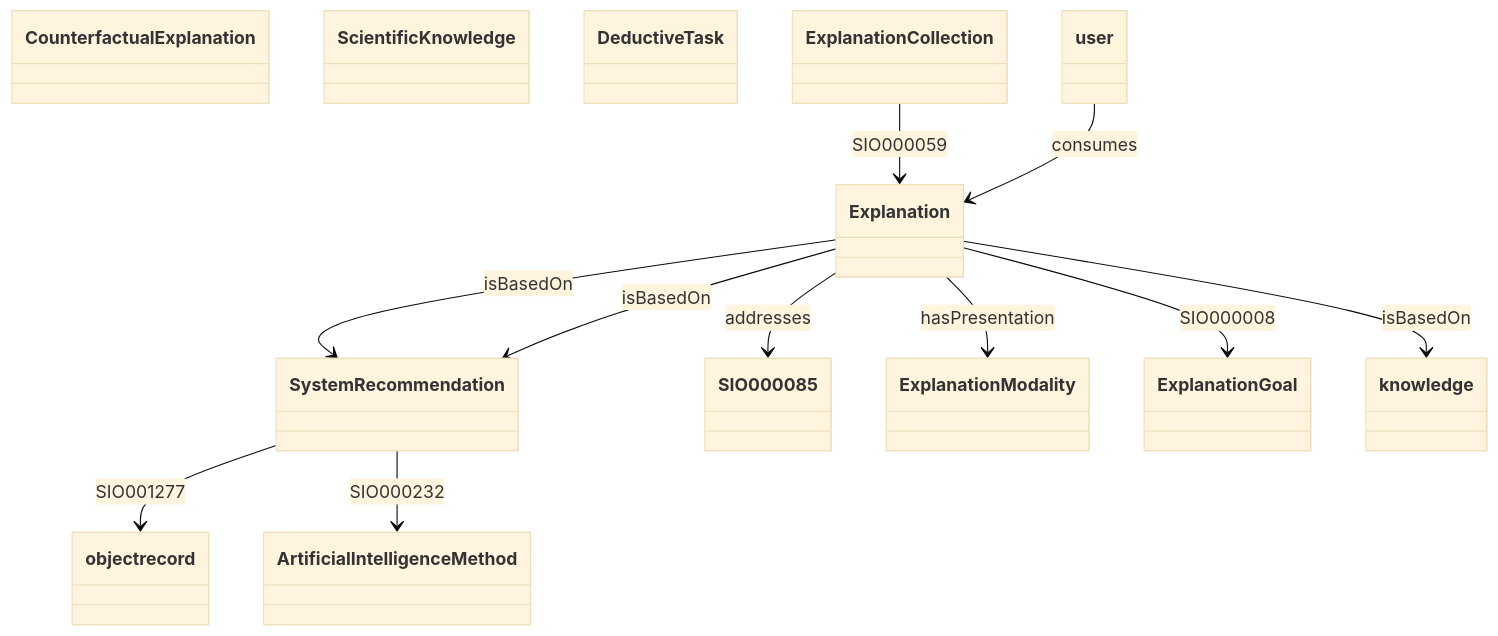
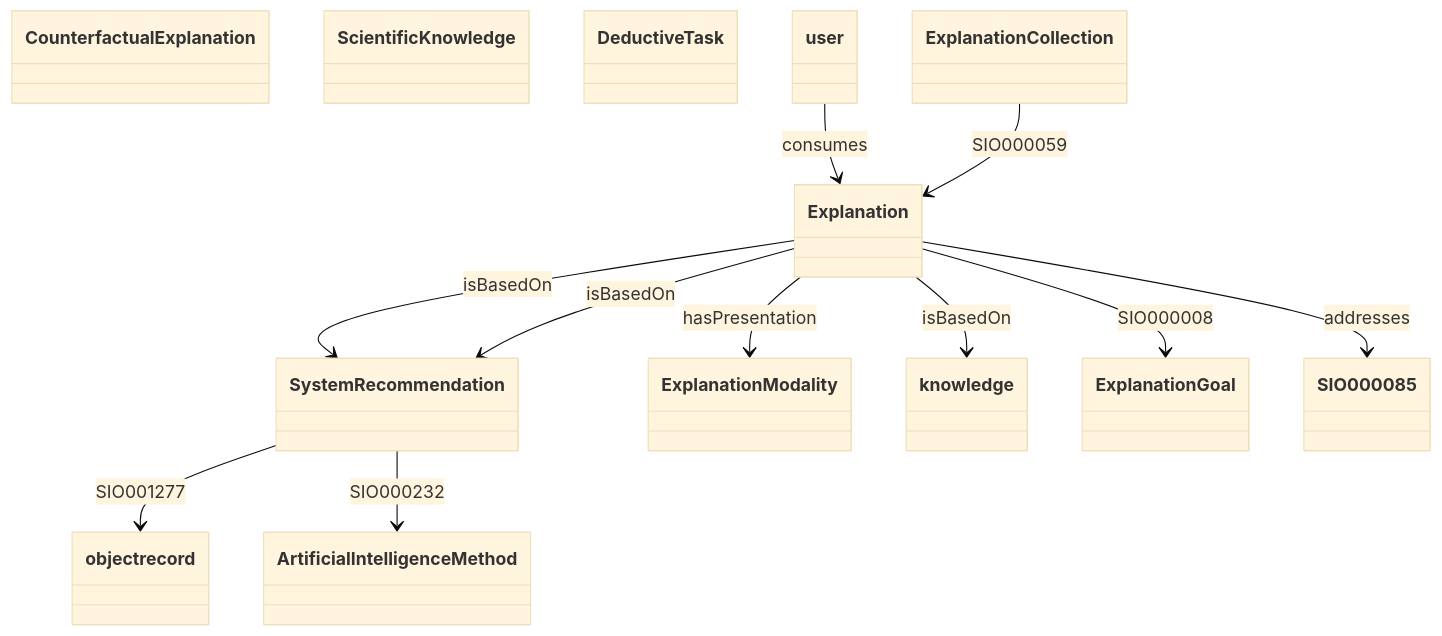
Before and after one commit to oeg-upm/Devos: the diagram in output/ieswc_leng/explanation-ontology.owl-leng-5.md, drawn with Mermaid (base theme). The commit also changed other lines of this file and 52 other files, not shown here.

````diff
--- a/output/ieswc_leng/explanation-ontology.owl-leng-5.md
+++ b/output/ieswc_leng/explanation-ontology.owl-leng-5.md
@@ -1,47 +1,47 @@
 ```mermaid
 	classDiagram
 
     
     class Explanation {
     
     }
 
     class SystemRecommendation {
     
     }
 
     class CounterfactualExplanation {
     
     }
 
     class ScientificKnowledge {
     
     }
 
     class DeductiveTask {
     
     }
 
 
 
-Explanation  --> SIO000085   :addresses  
+Explanation  --> ExplanationModality   :hasPresentation  
 
-ExplanationCollection  --> Explanation   :SIO000059  
+Explanation  --> knowledge   :isBasedOn  
 
-Explanation  --> ExplanationModality   :hasPresentation  
+user  --> Explanation   :consumes  
 
 Explanation  --> SystemRecommendation   :isBasedOn  
 
 Explanation  --> SystemRecommendation   :isBasedOn  
 
-Explanation  --> ExplanationGoal   :SIO000008  
+SystemRecommendation  --> objectrecord   :SIO001277  
 
-user  --> Explanation   :consumes  
-
-SystemRecommendation  --> objectrecord   :SIO001277  
+ExplanationCollection  --> Explanation   :SIO000059  
 
 SystemRecommendation  --> ArtificialIntelligenceMethod   :SIO000232  
 
-Explanation  --> knowledge   :isBasedOn  
+Explanation  --> ExplanationGoal   :SIO000008  
+
+Explanation  --> SIO000085   :addresses  
 
 ```
````
